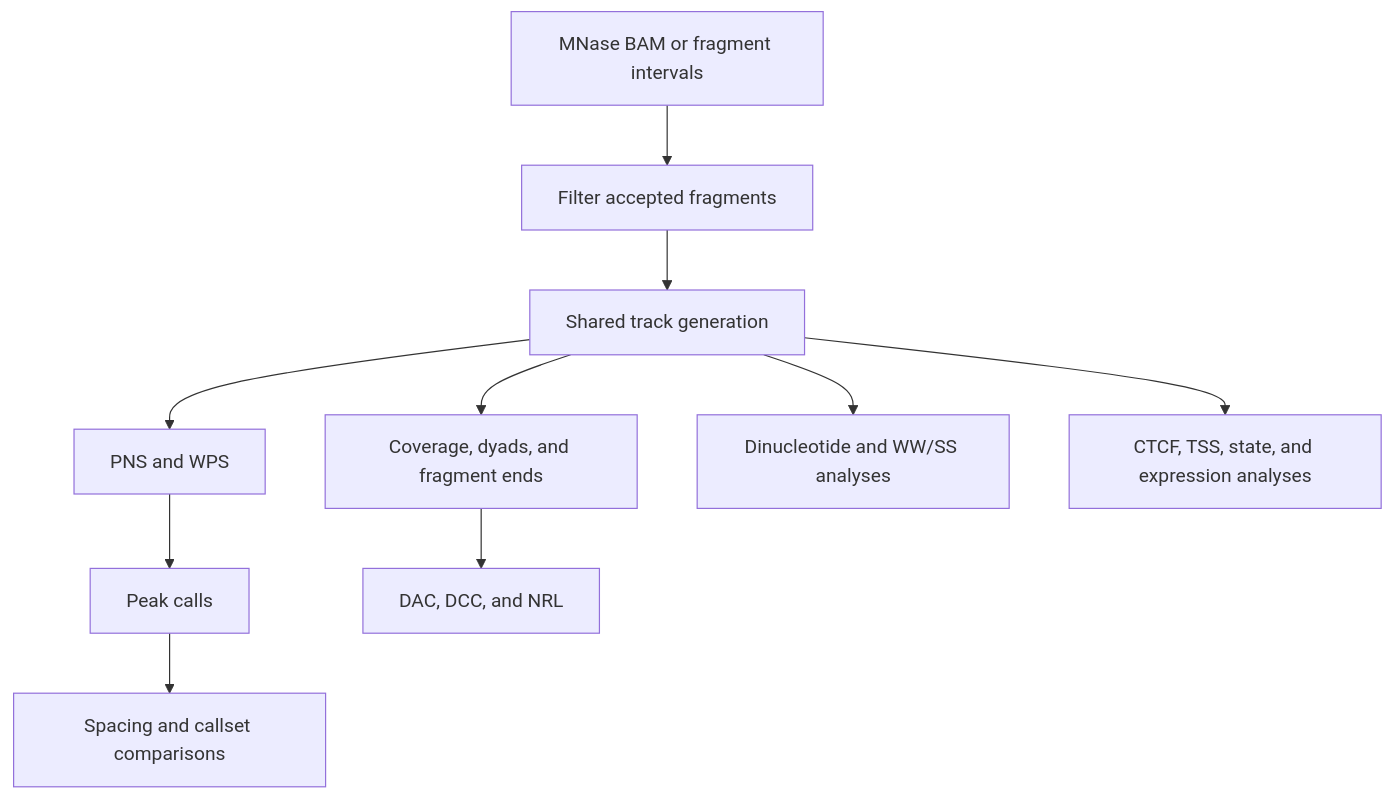
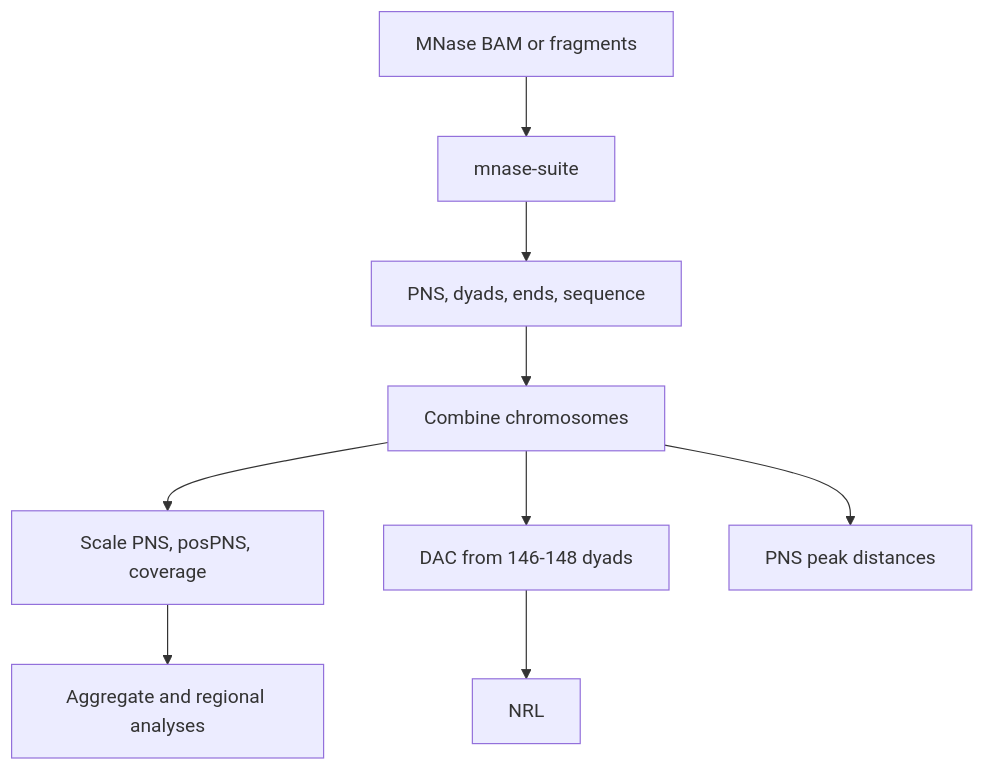
One commit to adjohnston85/NucleoSuite changed the diagram in docs/commands/mnase-suite.md. Above: the diagram before and after it, drawn with Mermaid. The commit also changed other lines of this file and 23 other files, not shown here.

````diff
--- a/docs/commands/mnase-suite.md
+++ b/docs/commands/mnase-suite.md
@@ -29,12 +25,11 @@
 ```mermaid
 flowchart TB
-    A[MNase BAM or fragment intervals] --> B[Filter accepted fragments]
-    B --> C[Shared track generation]
-    C --> D[PNS and WPS]
-    C --> E[Coverage, dyads, and fragment ends]
-    C --> F[Dinucleotide and WW/SS analyses]
-    D --> G[Peak calls]
-    E --> H[DAC, DCC, and NRL]
-    G --> I[Spacing and callset comparisons]
-    C --> J[CTCF, TSS, state, and expression analyses]
+    A[MNase BAM or fragments] --> B[mnase-suite]
+    B --> C[PNS, dyads, ends, sequence]
+    C --> D[Combine chromosomes]
+    D --> E[Scale PNS, posPNS, coverage]
+    D --> F[DAC from 146-148 dyads]
+    F --> G[NRL]
+    E --> H[Aggregate and regional analyses]
+    D --> I[PNS peak distances]
 ```
````
